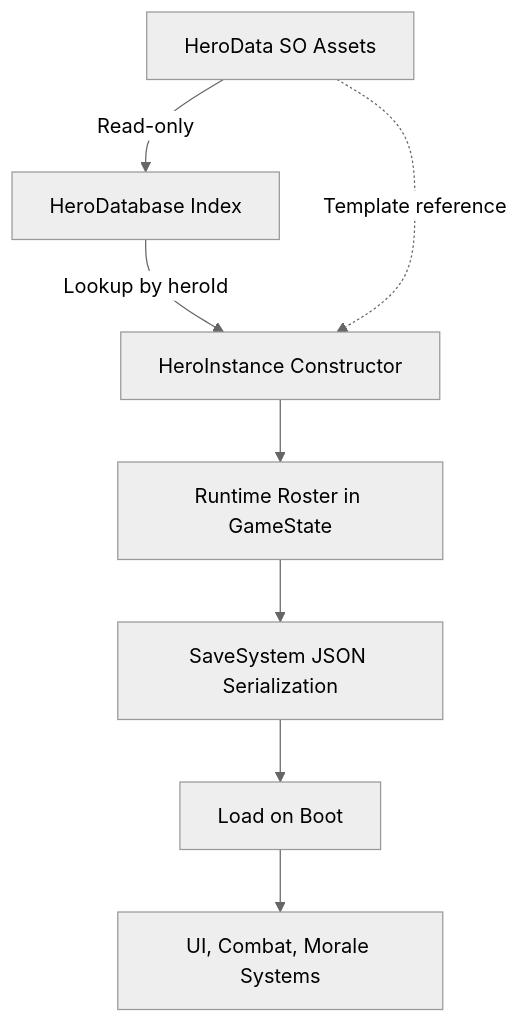
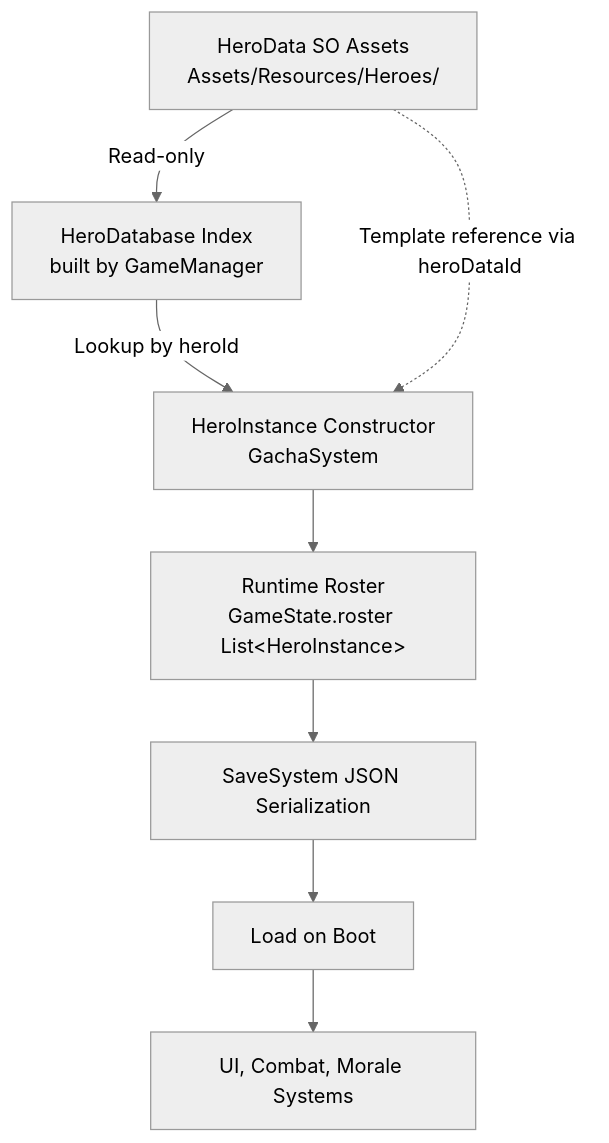
One commit to aymenhayderhtml-pixel/pick-me-up-v3 changed the diagram in Docs/HERO_SYSTEM.md. Above: the diagram before and after it, drawn with Mermaid (neutral theme). The commit also changed other lines of this file and 1 other file, not shown here.

````diff
--- a/Docs/HERO_SYSTEM.md
+++ b/Docs/HERO_SYSTEM.md
@@ -12,10 +12,10 @@
 ```mermaid
 flowchart TD
-    A[HeroData SO Assets] -->|Read-only| B[HeroDatabase Index]
-    B -->|Lookup by heroId| C[HeroInstance Constructor]
-    C --> D[Runtime Roster in GameState]
+    A[HeroData SO Assets<br/>Assets/Resources/Heroes/] -->|Read-only| B[HeroDatabase Index<br/>built by GameManager]
+    B -->|Lookup by heroId| C[HeroInstance Constructor<br/>GachaSystem]
+    C --> D[Runtime Roster<br/>GameState.roster List&lt;HeroInstance&gt;]
     D --> E[SaveSystem JSON Serialization]
     E --> F[Load on Boot]
     F --> G[UI, Combat, Morale Systems]
-    A -.->|Template reference| C
+    A -.->|Template reference via heroDataId| C
 ```
````
